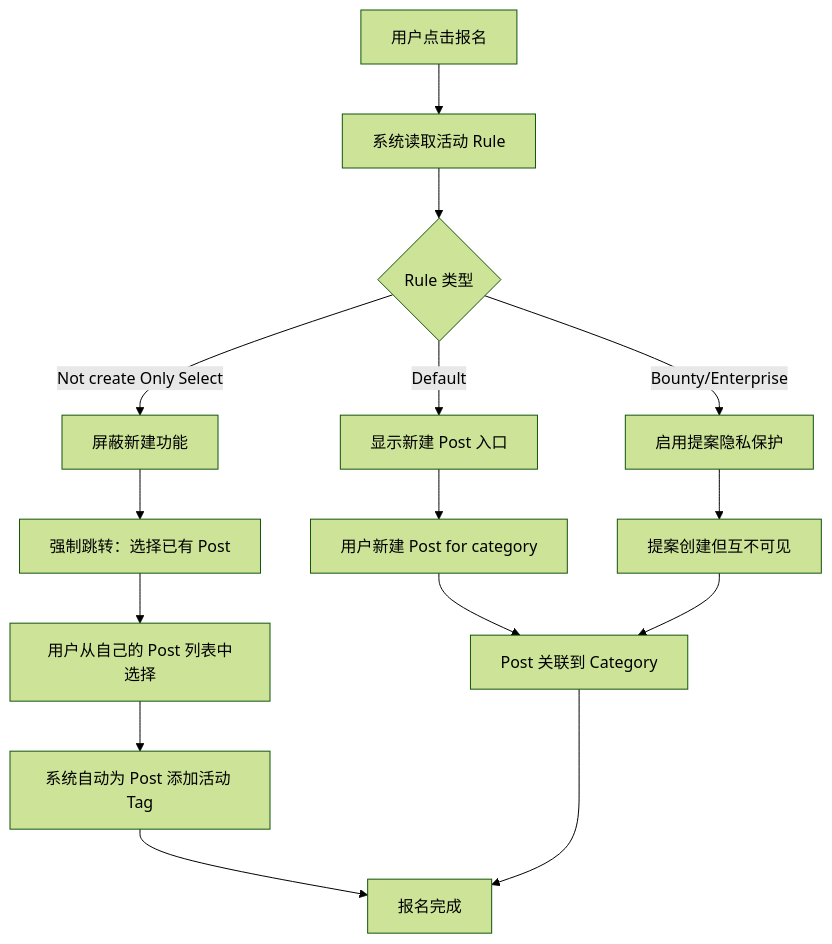
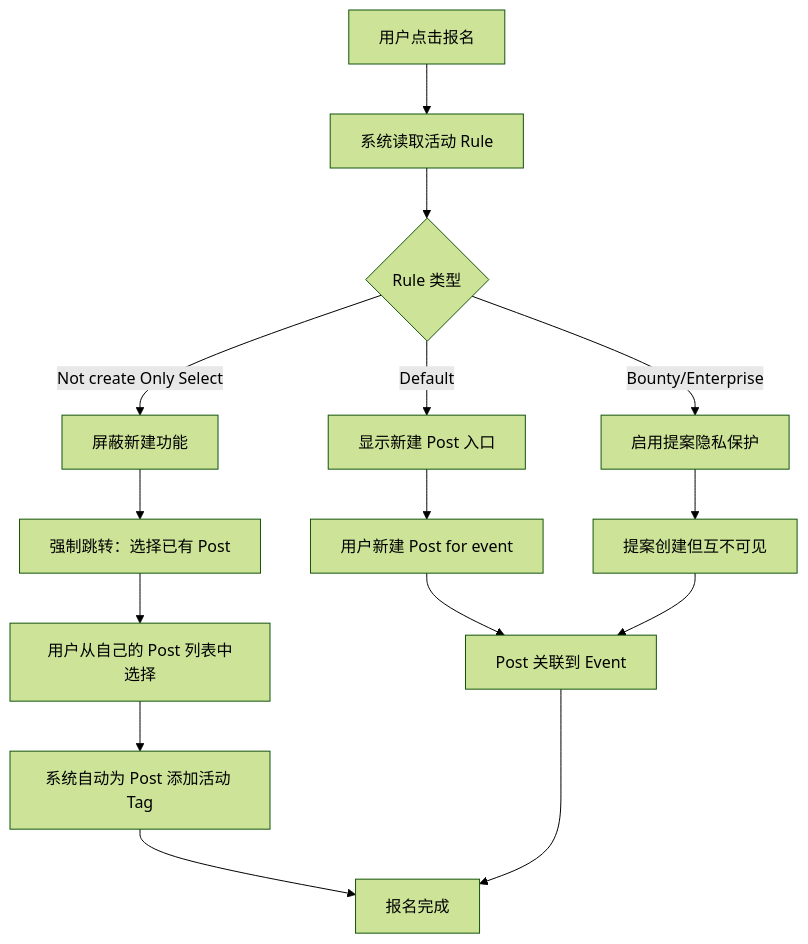
One commit to H2OSLabs/SynnovatorZero changed the diagram in docs/user-journeys/appendix-b-rule-definition.md. Above: the diagram before and after it, drawn with Mermaid (forest theme). The commit also changed other lines of this file and 210 other files, not shown here.

First line of the commit message:
refactor: rename 'category' to 'event' throughout codebase

````diff
--- a/docs/user-journeys/appendix-b-rule-definition.md
+++ b/docs/user-journeys/appendix-b-rule-definition.md
@@ -17,17 +17,17 @@
 ```mermaid
 flowchart TD
     A[用户点击报名] --> B[系统读取活动 Rule]
     B --> C{Rule 类型}
     C -->|Default| D[显示新建 Post 入口]
     C -->|Not create Only Select| E[屏蔽新建功能]
     C -->|Bounty/Enterprise| F[启用提案隐私保护]
-    D --> G[用户新建 Post for category]
+    D --> G[用户新建 Post for event]
     E --> H[强制跳转：选择已有 Post]
     F --> I[提案创建但互不可见]
     H --> J[用户从自己的 Post 列表中选择]
     J --> K[系统自动为 Post 添加活动 Tag]
     K --> L[报名完成]
-    G --> M[Post 关联到 Category]
+    G --> M[Post 关联到 Event]
     I --> M
     M --> L
 ```
````
